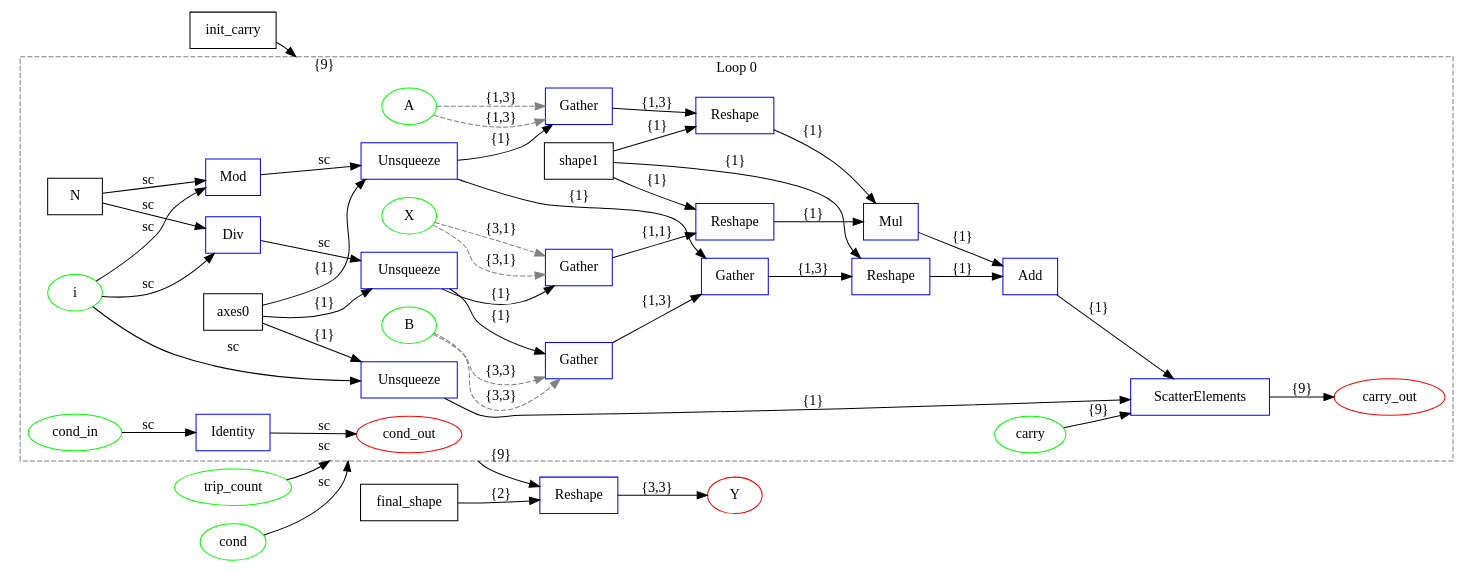
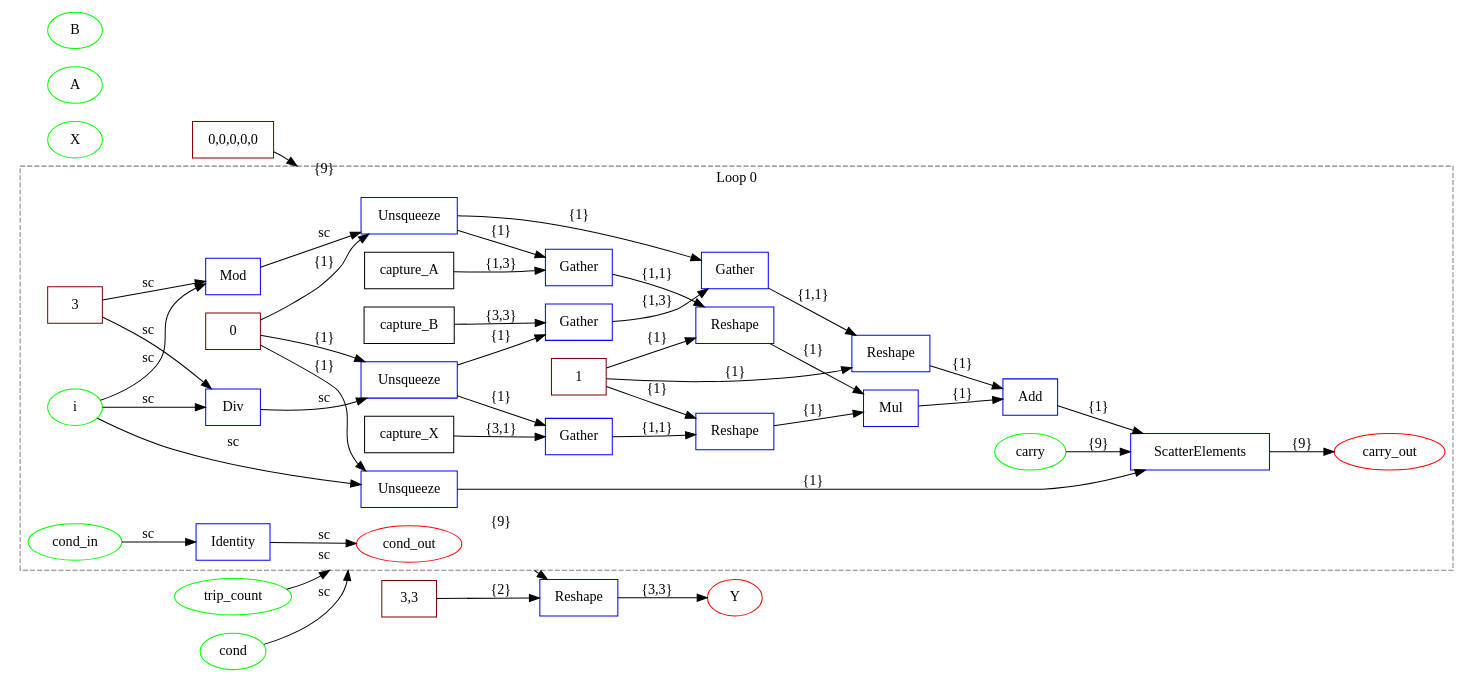
Before and after one commit to specs-feup/onnx-flow: the diagram in examples/onnx/matmul_add_decomposed.dot, drawn with Graphviz. The commit also changed 149 other files, not shown here.

```diff
--- a/examples/onnx/matmul_add_decomposed.dot
+++ b/examples/onnx/matmul_add_decomposed.dot
@@ -1,86 +1,86 @@
 digraph {
   graph [compound=true rankdir=LR];
-  init_carry [label=init_carry shape=box];
-  final_shape [label=final_shape shape=box];
+  init_carry [label="0,0,0,0,0" shape=box color=maroon];
+  final_shape [label="3,3" shape=box color=maroon];
   X [label=X shape=ellipse color=lime];
   A [label=A shape=ellipse color=lime];
   B [label=B shape=ellipse color=lime];
   trip_count [label=trip_count shape=ellipse color=lime];
   cond [label=cond shape=ellipse color=lime];
   Y [label=Y shape=ellipse color=red];
   subgraph cluster_loop_0 {
     graph [compound=true rankdir=LR];
-    loop0_axes0 [label=axes0 shape=box];
-    loop0_N [label=N shape=box];
-    loop0_shape1 [label=shape1 shape=box];
+    loop0_axes0 [label=0 shape=box color=maroon];
+    loop0_N [label=3 shape=box color=maroon];
+    loop0_shape1 [label=1 shape=box color=maroon];
     loop0_i [label=i shape=ellipse color=lime];
     loop0_cond_in [label=cond_in shape=ellipse color=lime];
     loop0_carry [label=carry shape=ellipse color=lime];
     loop0_cond_out [label=cond_out shape=ellipse color=red];
     loop0_carry_out [label=carry_out shape=ellipse color=red];
     loop0_0 [label=Unsqueeze shape=box color=blue];
     loop0_0 -> loop0_14 [label="{1}"];
     loop0_1 [label=Div shape=box color=blue];
     loop0_1 -> loop0_3 [label=sc];
     loop0_2 [label=Mod shape=box color=blue];
     loop0_2 -> loop0_4 [label=sc];
     loop0_3 [label=Unsqueeze shape=box color=blue];
     loop0_3 -> loop0_5 [label="{1}"];
     loop0_3 -> loop0_10 [label="{1}"];
     loop0_4 [label=Unsqueeze shape=box color=blue];
     loop0_4 -> loop0_7 [label="{1}"];
     loop0_4 -> loop0_11 [label="{1}"];
+    loop0_capture_X [label=capture_X shape=box];
     loop0_5 [label=Gather shape=box color=blue];
-    X -> loop0_5 [label="{3,1}" style=dashed color=gray];
     loop0_5 -> loop0_6 [label="{1,1}"];
     loop0_6 [label=Reshape shape=box color=blue];
     loop0_6 -> loop0_9 [label="{1}"];
+    loop0_capture_A [label=capture_A shape=box];
     loop0_7 [label=Gather shape=box color=blue];
-    A -> loop0_7 [label="{1,3}" style=dashed color=gray];
-    loop0_7 -> loop0_8 [label="{1,3}"];
+    loop0_7 -> loop0_8 [label="{1,1}"];
     loop0_8 [label=Reshape shape=box color=blue];
     loop0_8 -> loop0_9 [label="{1}"];
     loop0_9 [label=Mul shape=box color=blue];
     loop0_9 -> loop0_13 [label="{1}"];
+    loop0_capture_B [label=capture_B shape=box];
     loop0_10 [label=Gather shape=box color=blue];
-    B -> loop0_10 [label="{3,3}" style=dashed color=gray];
     loop0_10 -> loop0_11 [label="{1,3}"];
     loop0_11 [label=Gather shape=box color=blue];
-    loop0_11 -> loop0_12 [label="{1,3}"];
+    loop0_11 -> loop0_12 [label="{1,1}"];
     loop0_12 [label=Reshape shape=box color=blue];
     loop0_12 -> loop0_13 [label="{1}"];
     loop0_13 [label=Add shape=box color=blue];
     loop0_13 -> loop0_14 [label="{1}"];
     loop0_14 [label=ScatterElements shape=box color=blue];
     loop0_15 [label=Identity shape=box color=blue];
     loop0_i -> loop0_0 [label=sc];
     loop0_axes0 -> loop0_0 [label="{1}"];
     loop0_14 -> loop0_carry_out [label="{9}"];
     loop0_i -> loop0_1 [label=sc];
     loop0_N -> loop0_1 [label=sc];
     loop0_i -> loop0_2 [label=sc];
     loop0_N -> loop0_2 [label=sc];
     loop0_axes0 -> loop0_3 [label="{1}"];
     loop0_axes0 -> loop0_4 [label="{1}"];
+    loop0_capture_X -> loop0_5 [label="{3,1}"];
     loop0_shape1 -> loop0_6 [label="{1}"];
+    loop0_capture_A -> loop0_7 [label="{1,3}"];
     loop0_shape1 -> loop0_8 [label="{1}"];
+    loop0_capture_B -> loop0_10 [label="{3,3}"];
     loop0_shape1 -> loop0_12 [label="{1}"];
     loop0_carry -> loop0_14 [label="{9}"];
     loop0_cond_in -> loop0_15 [label=sc];
     loop0_15 -> loop0_cond_out [label=sc];
-    X -> loop0_5 [style=dashed color=gray label="{3,1}"];
-    A -> loop0_7 [style=dashed color=gray label="{1,3}"];
-    B -> loop0_10 [style=dashed color=gray label="{3,3}"];
     graph [label="Loop 0"];
     graph [style=dashed];
     graph [color=gray];
   }
 
   loop0_0 -> 1 [label="{9}" ltail=cluster_loop_0];
   1 [label=Reshape shape=box color=blue];
   trip_count -> loop0_0 [label=sc lhead=cluster_loop_0];
   cond -> loop0_0 [label=sc lhead=cluster_loop_0];
   init_carry -> loop0_0 [label="{9}" lhead=cluster_loop_0];
   final_shape -> 1 [label="{2}"];
   1 -> Y [label="{3,3}"];
 }
```
